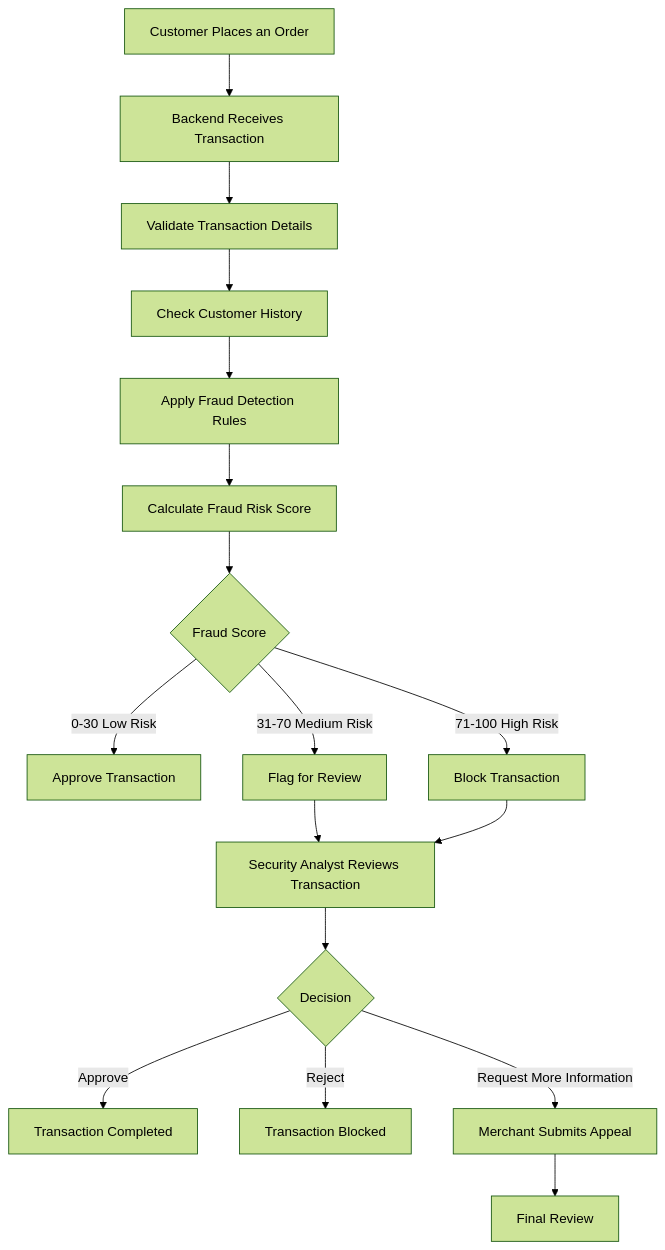
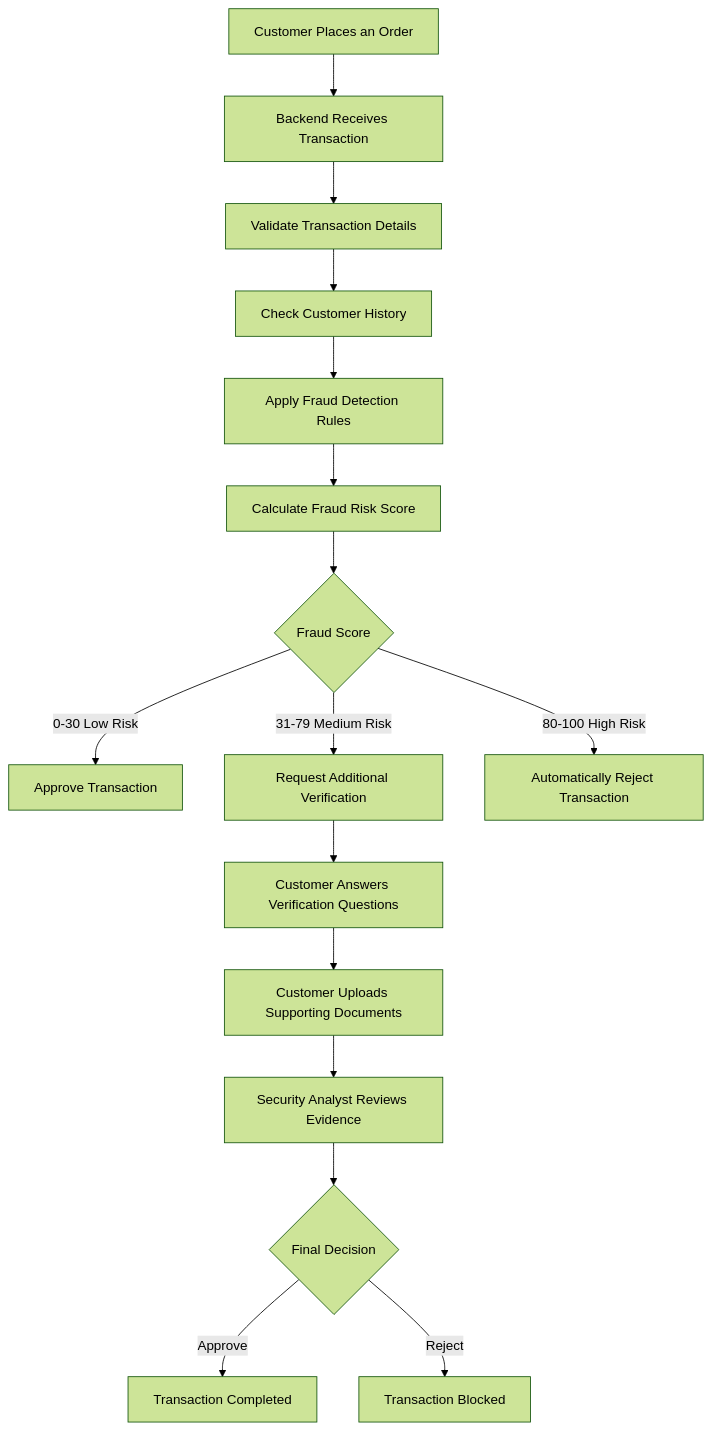
One commit to raghavendra3107/TrustGraph-AI changed the first of 3 diagrams in README.md. Above: the diagram before and after it, drawn with Mermaid (forest theme).

Commit message:
Updated README and workflow

````diff
--- a/README.md
+++ b/README.md
@@ -64,35 +64,33 @@
 ```mermaid
 flowchart TD
 
 A[Customer Places an Order] --> B[Backend Receives Transaction]
 
 B --> C[Validate Transaction Details]
 
 C --> D[Check Customer History]
 
 D --> E[Apply Fraud Detection Rules]
 
 E --> F[Calculate Fraud Risk Score]
 
 F --> G{Fraud Score}
 
 G -->|0-30 Low Risk| H[Approve Transaction]
 
-G -->|31-70 Medium Risk| I[Flag for Review]
+G -->|31-79 Medium Risk| I[Request Additional Verification]
 
-G -->|71-100 High Risk| J[Block Transaction]
+G -->|80-100 High Risk| J[Automatically Reject Transaction]
 
-I --> K[Security Analyst Reviews Transaction]
+I --> K[Customer Answers Verification Questions]
 
-J --> K
+K --> L[Customer Uploads Supporting Documents]
 
-K --> L{Decision}
+L --> M[Security Analyst Reviews Evidence]
 
-L -->|Approve| M[Transaction Completed]
+M --> N{Final Decision}
 
-L -->|Reject| N[Transaction Blocked]
+N -->|Approve| O[Transaction Completed]
 
-L -->|Request More Information| O[Merchant Submits Appeal]
-
-O --> P[Final Review]
+N -->|Reject| P[Transaction Blocked]
 ```
````
